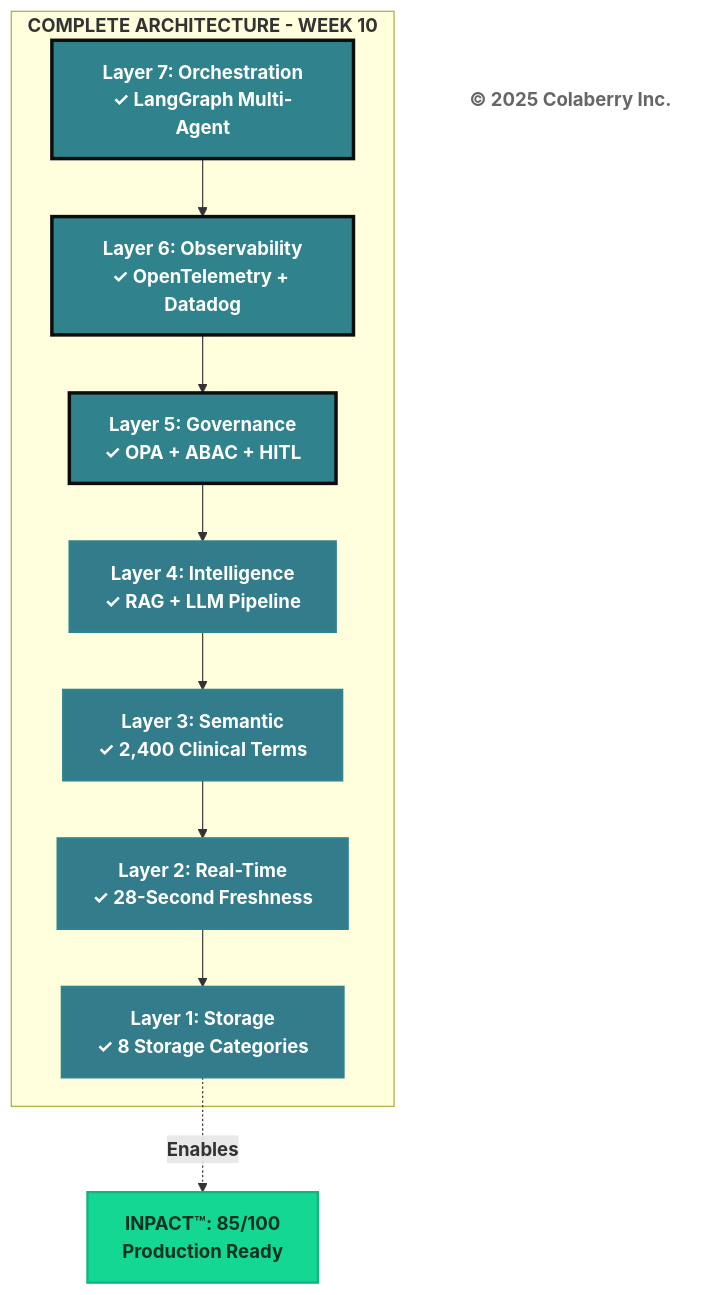
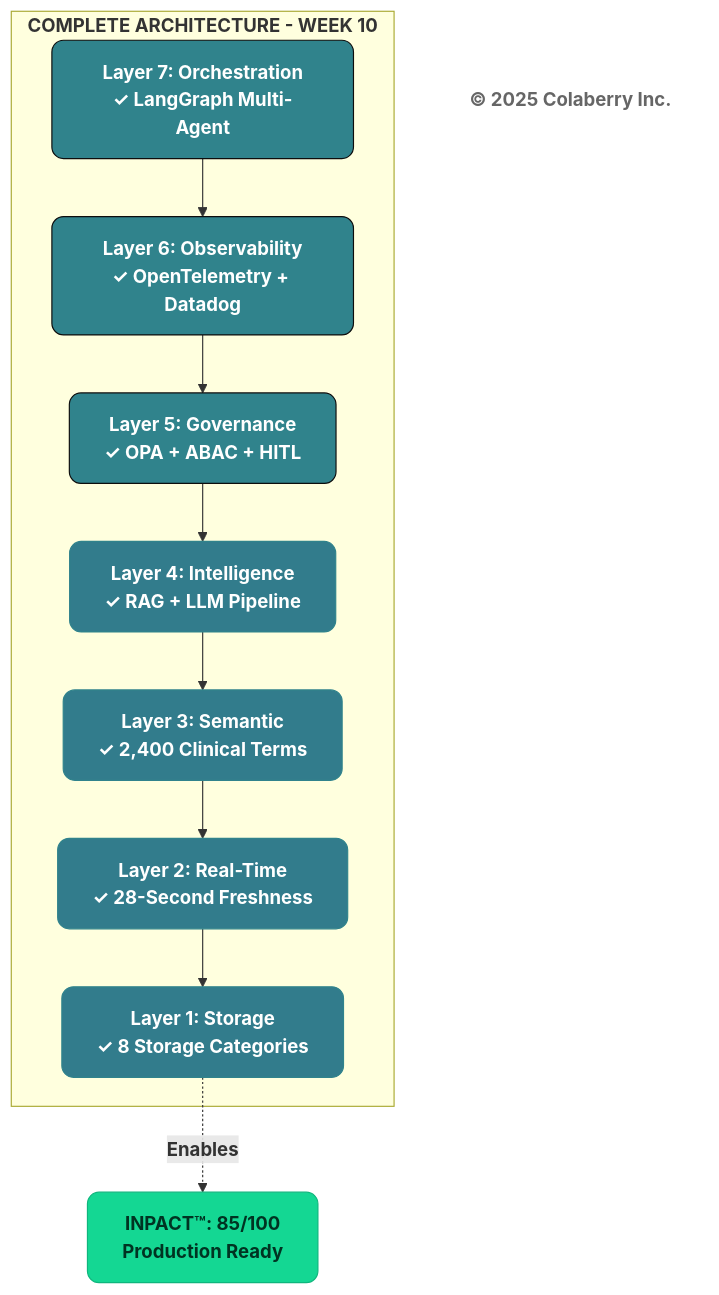
One commit to colaberry/trust-before-intelligence-book changed diagram 13 of 14 in manuscript/07_chapter_6_transparency_orchestration_layers.md. Above: the diagram before and after it, drawn with Mermaid. The commit also changed other lines of this file and 12 other files, not shown here.

````diff
--- a/manuscript/07_chapter_6_transparency_orchestration_layers.md
+++ b/manuscript/07_chapter_6_transparency_orchestration_layers.md
@@ -1251,29 +1251,29 @@
 ```mermaid
 graph TB
     subgraph "<b>COMPLETE ARCHITECTURE - WEEK 10</b>"
         L7["<b>Layer 7: Orchestration</b><br/><b>✓ LangGraph Multi-Agent</b>"]
         L6["<b>Layer 6: Observability</b><br/><b>✓ OpenTelemetry + Datadog</b>"]
         L5["<b>Layer 5: Governance</b><br/><b>✓ OPA + ABAC + HITL</b>"]
         L4["<b>Layer 4: Intelligence</b><br/><b>✓ RAG + LLM Pipeline</b>"]
         L3["<b>Layer 3: Semantic</b><br/><b>✓ 2,400 Clinical Terms</b>"]
         L2["<b>Layer 2: Real-Time</b><br/><b>✓ 28-Second Freshness</b>"]
         L1["<b>Layer 1: Storage</b><br/><b>✓ 8 Storage Categories</b>"]
     end
     
     INPACT["<b>INPACT™: 85/100</b><br/><b>Production Ready</b>"]
     
     Copyright["<b>© 2025 Colaberry Inc.</b>"]
     
     L7 --> L6 --> L5 --> L4 --> L3 --> L2 --> L1
     L1 -.->|<b>Enables</b>| INPACT
     
-    style L7 fill:#30838C,color:#ffffff,stroke:#0D0D0D,stroke-width:3px
-    style L6 fill:#30838C,color:#ffffff,stroke:#0D0D0D,stroke-width:3px
-    style L5 fill:#30838C,color:#ffffff,stroke:#0D0D0D,stroke-width:3px
-    style L4 fill:#327C8C,stroke:#30838C,stroke-width:2px,color:#ffffff
-    style L3 fill:#327C8C,stroke:#30838C,stroke-width:2px,color:#ffffff
-    style L2 fill:#327C8C,stroke:#30838C,stroke-width:2px,color:#ffffff
-    style L1 fill:#327C8C,stroke:#30838C,stroke-width:2px,color:#ffffff
-    style INPACT fill:#14D793,color:#003322,stroke:#0FB67D,stroke-width:2px
-    style Copyright fill:#ffffff,stroke:none,color:#666666
+    style L7 fill:#30838C,color:#ffffff,stroke:#0D0D0D,stroke-width:1px,rx:10,ry:10
+    style L6 fill:#30838C,color:#ffffff,stroke:#0D0D0D,stroke-width:1px,rx:10,ry:10
+    style L5 fill:#30838C,color:#ffffff,stroke:#0D0D0D,stroke-width:1px,rx:10,ry:10
+    style L4 fill:#327C8C,stroke:#30838C,stroke-width:1px,color:#ffffff,rx:10,ry:10
+    style L3 fill:#327C8C,stroke:#30838C,stroke-width:1px,color:#ffffff,rx:10,ry:10
+    style L2 fill:#327C8C,stroke:#30838C,stroke-width:1px,color:#ffffff,rx:10,ry:10
+    style L1 fill:#327C8C,stroke:#30838C,stroke-width:1px,color:#ffffff,rx:10,ry:10
+    style INPACT fill:#14D793,color:#003322,stroke:#0FB67D,stroke-width:1px,rx:10,ry:10
+    style Copyright fill:none,stroke:none,color:#666666
 ```
````
